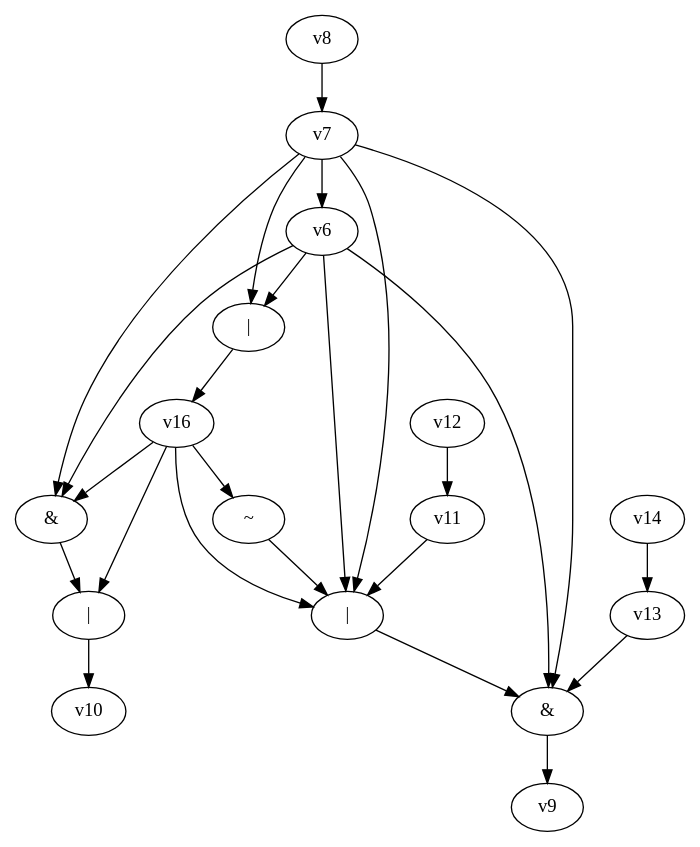
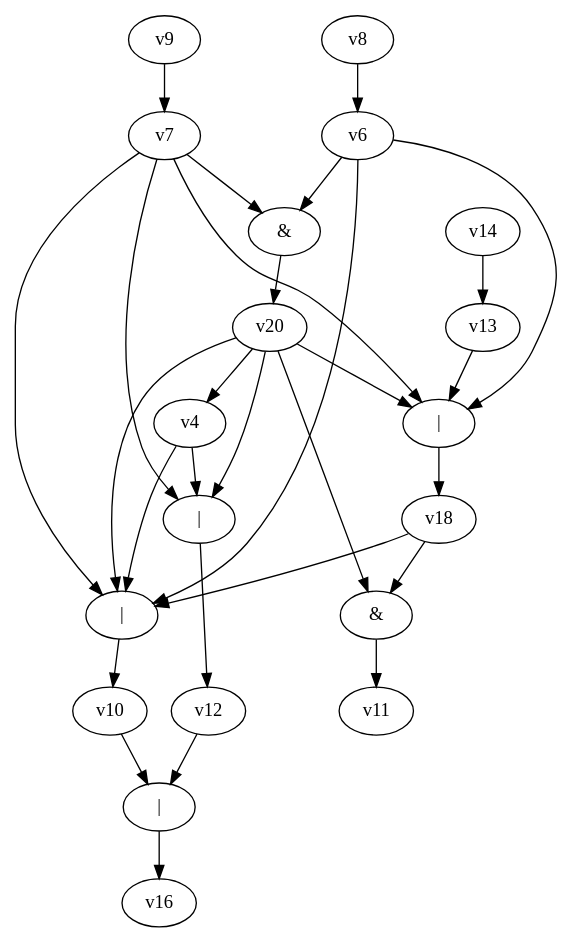
The diagram in dot_files/random_bool_circ.dot (yadej/graph_project), drawn with Graphviz before and after one commit. The commit also changed 4 other files, not shown here.

```diff
--- a/dot_files/random_bool_circ.dot
+++ b/dot_files/random_bool_circ.dot
@@ -1,31 +1,31 @@
 digraph G { 
-v0 [label="&"]; 
-v1 [label="|"]; 
+v0 [label="|"]; 
+v1 [label="&"]; 
 v2 [label="|"]; 
-v3 [label="&"]; 
-v4 [label="~"]; 
 v15 [label="|"]; 
-v0 -> v9;
-v1 -> v0;
-v2 -> v10;
-v3 -> v2;
-v4 -> v1;
+v17 [label="|"]; 
+v19 [label="&"]; 
+v0 -> v10 -> v15 -> v16;
+v1 -> v11;
+v2 -> v12 -> v15;
+v4 -> v0;
+v4 -> v2;
 v6 -> v0;
-v6 -> v1;
-v6 -> v3;
-v6 -> v15 -> v16;
+v6 -> v17 -> v18;
+v6 -> v19 -> v20;
 v7 -> v0;
-v7 -> v1;
-v7 -> v3;
-v7 -> v6;
-v7 -> v15;
-v8 -> v7;
-v11 -> v1;
-v12 -> v11;
-v13 -> v0;
+v7 -> v2;
+v7 -> v17;
+v7 -> v19;
+v8 -> v6;
+v9 -> v7;
+v13 -> v17;
 v14 -> v13;
-v16 -> v1;
-v16 -> v2;
-v16 -> v3;
-v16 -> v4;
+v18 -> v0;
+v18 -> v1;
+v20 -> v0;
+v20 -> v1;
+v20 -> v2;
+v20 -> v4;
+v20 -> v17;
 }
```
